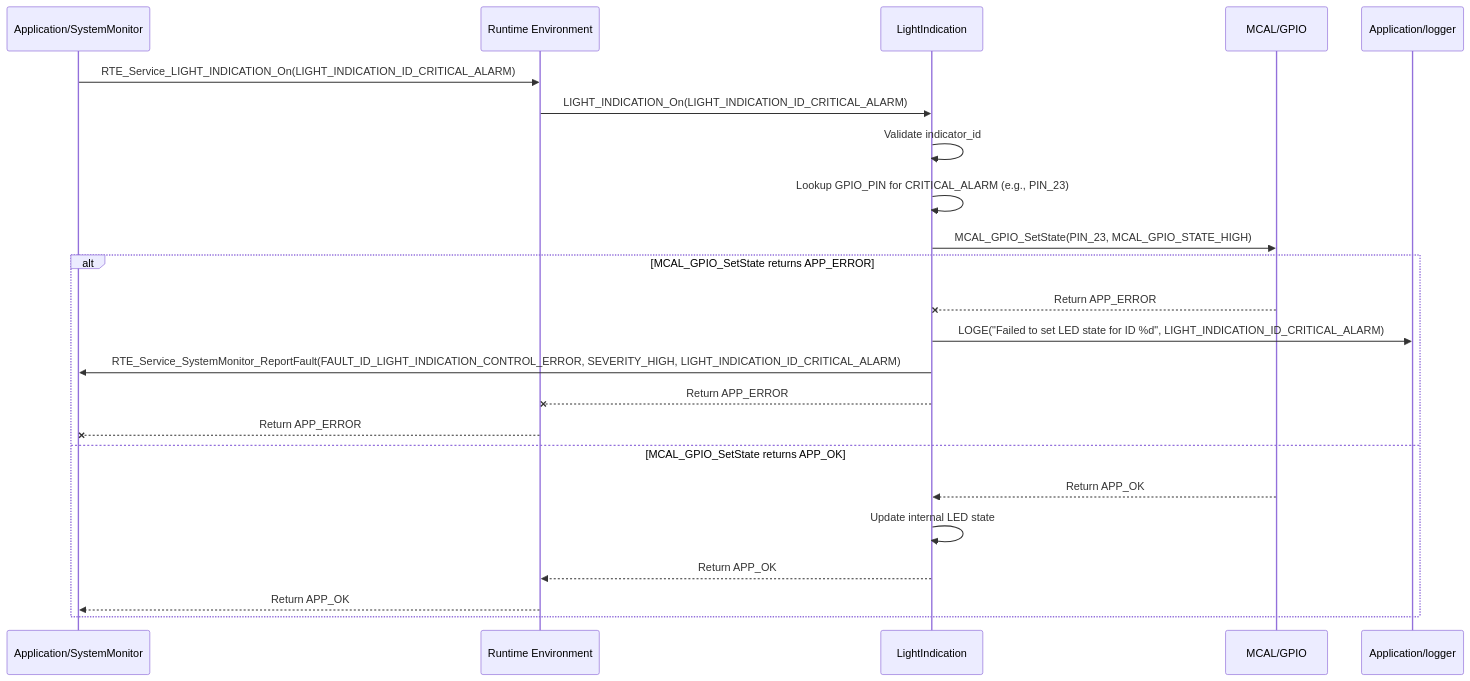
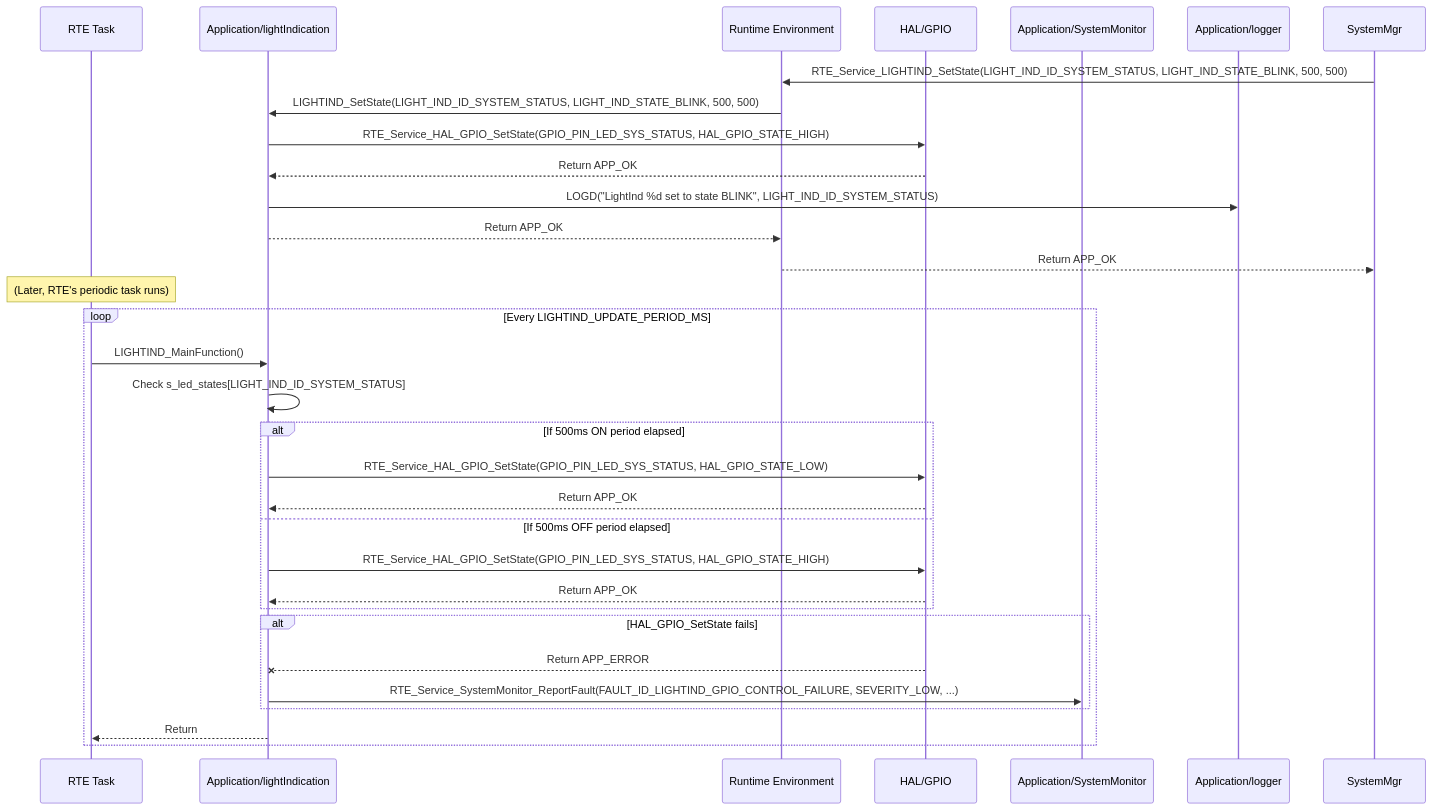
The diagram in Requiremets/Design/Application/LightIndication.md (ashaker-2/Platform), drawn with Mermaid before and after one commit. The commit also changed other lines of this file and 26 other files, not shown here.

````diff
--- a/Requiremets/Design/Application/LightIndication.md
+++ b/Requiremets/Design/Application/LightIndication.md
@@ -153,26 +187,35 @@
 ```mermaid
 sequenceDiagram  
+    participant RTE_DisplayAlarmTask as RTE Task  
+    participant LightInd as Application/lightIndication  
+    participant RTE as Runtime Environment  
+    participant HAL_GPIO as HAL/GPIO  
     participant SystemMonitor as Application/SystemMonitor  
-    participant RTE as Runtime Environment  
-    participant LightIndication as LightIndication  
-    participant MCAL_GPIO as MCAL/GPIO  
     participant Logger as Application/logger
 
-    SystemMonitor->>RTE: RTE_Service_LIGHT_INDICATION_On(LIGHT_INDICATION_ID_CRITICAL_ALARM)  
-    RTE->>LightIndication: LIGHT_INDICATION_On(LIGHT_INDICATION_ID_CRITICAL_ALARM)  
-    LightIndication->>LightIndication: Validate indicator_id  
-    LightIndication->>LightIndication: Lookup GPIO_PIN for CRITICAL_ALARM (e.g., PIN_23)  
-    LightIndication->>MCAL_GPIO: MCAL_GPIO_SetState(PIN_23, MCAL_GPIO_STATE_HIGH)  
-    alt MCAL_GPIO_SetState returns APP_ERROR  
-        MCAL_GPIO--xLightIndication: Return APP_ERROR  
-        LightIndication->>Logger: LOGE("Failed to set LED state for ID %d", LIGHT_INDICATION_ID_CRITICAL_ALARM)  
-        LightIndication->>SystemMonitor: RTE_Service_SystemMonitor_ReportFault(FAULT_ID_LIGHT_INDICATION_CONTROL_ERROR, SEVERITY_HIGH, LIGHT_INDICATION_ID_CRITICAL_ALARM)  
-        LightIndication--xRTE: Return APP_ERROR  
-        RTE--xSystemMonitor: Return APP_ERROR  
-    else MCAL_GPIO_SetState returns APP_OK  
-        MCAL_GPIO-->>LightIndication: Return APP_OK  
-        LightIndication->>LightIndication: Update internal LED state  
-        LightIndication-->>RTE: Return APP_OK  
-        RTE-->>SystemMonitor: Return APP_OK  
+    SystemMgr->>RTE: RTE_Service_LIGHTIND_SetState(LIGHT_IND_ID_SYSTEM_STATUS, LIGHT_IND_STATE_BLINK, 500, 500)  
+    RTE->>LightInd: LIGHTIND_SetState(LIGHT_IND_ID_SYSTEM_STATUS, LIGHT_IND_STATE_BLINK, 500, 500)  
+    LightInd->>HAL_GPIO: RTE_Service_HAL_GPIO_SetState(GPIO_PIN_LED_SYS_STATUS, HAL_GPIO_STATE_HIGH)  
+    HAL_GPIO-->>LightInd: Return APP_OK  
+    LightInd->>Logger: LOGD("LightInd %d set to state BLINK", LIGHT_IND_ID_SYSTEM_STATUS)  
+    LightInd-->>RTE: Return APP_OK  
+    RTE-->>SystemMgr: Return APP_OK
+
+    Note over RTE_DisplayAlarmTask: (Later, RTE's periodic task runs)  
+    loop Every LIGHTIND_UPDATE_PERIOD_MS  
+        RTE_DisplayAlarmTask->>LightInd: LIGHTIND_MainFunction()  
+        LightInd->>LightInd: Check s_led_states[LIGHT_IND_ID_SYSTEM_STATUS]  
+        alt If 500ms ON period elapsed  
+            LightInd->>HAL_GPIO: RTE_Service_HAL_GPIO_SetState(GPIO_PIN_LED_SYS_STATUS, HAL_GPIO_STATE_LOW)  
+            HAL_GPIO-->>LightInd: Return APP_OK  
+        else If 500ms OFF period elapsed  
+            LightInd->>HAL_GPIO: RTE_Service_HAL_GPIO_SetState(GPIO_PIN_LED_SYS_STATUS, HAL_GPIO_STATE_HIGH)  
+            HAL_GPIO-->>LightInd: Return APP_OK  
+        end  
+        alt HAL_GPIO_SetState fails  
+            HAL_GPIO--xLightInd: Return APP_ERROR  
+            LightInd->>SystemMonitor: RTE_Service_SystemMonitor_ReportFault(FAULT_ID_LIGHTIND_GPIO_CONTROL_FAILURE, SEVERITY_LOW, ...)  
+        end  
+        LightInd-->>RTE_DisplayAlarmTask: Return  
     end
 ```
````
